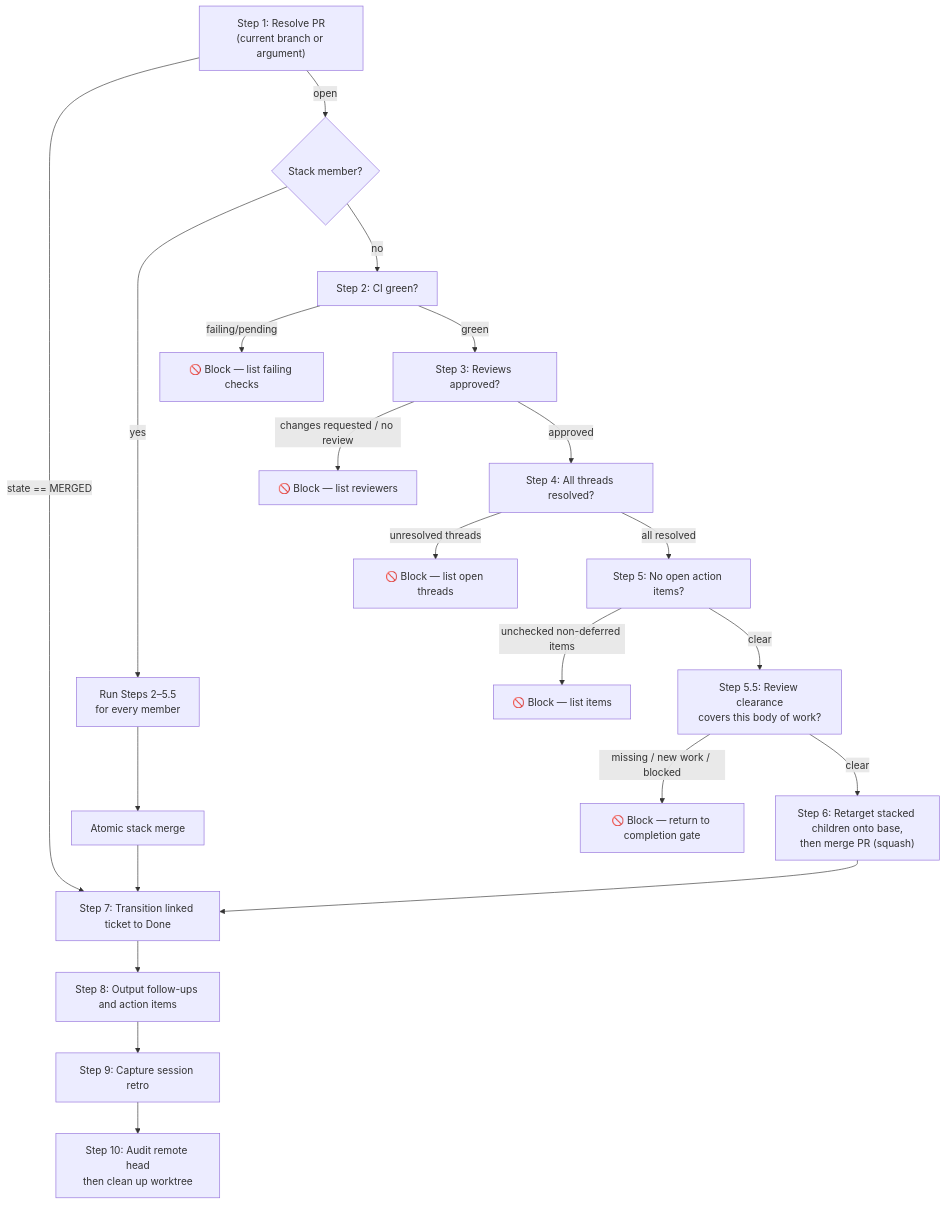
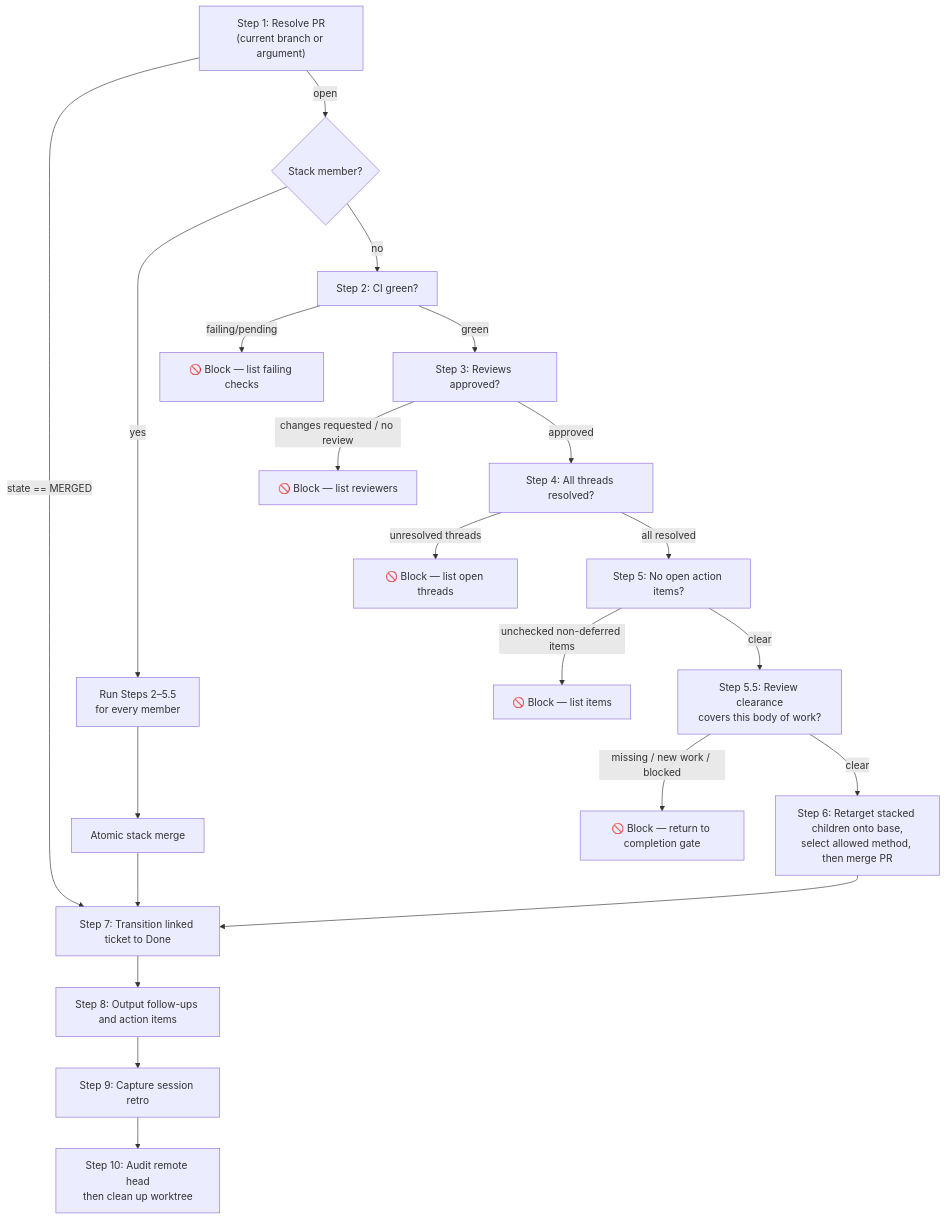
The diagram in skills/pr-merge/README.md (whizzzkid/skills), drawn with Mermaid before and after one commit. The commit also changed other lines of this file and 3 other files, not shown here.

First line of the commit message:
♻️ refactor(pr-merge): select ruleset merge method

````diff
--- a/skills/pr-merge/README.md
+++ b/skills/pr-merge/README.md
@@ -19,23 +19,23 @@
 ```mermaid
 flowchart TD
     A["Step 1: Resolve PR<br/>(current branch or argument)"] -->|state == MERGED| G
     A -->|open| S{"Stack member?"}
     S -->|yes| SG["Run Steps 2–5.5<br/>for every member"]
     SG --> SM["Atomic stack merge"]
     SM --> G
     S -->|no| B["Step 2: CI green?"]
     B -->|failing/pending| BLOCK1["🚫 Block — list failing checks"]
     B -->|green| C["Step 3: Reviews approved?"]
     C -->|changes requested / no review| BLOCK2["🚫 Block — list reviewers"]
     C -->|approved| D["Step 4: All threads resolved?"]
     D -->|unresolved threads| BLOCK3["🚫 Block — list open threads"]
     D -->|all resolved| E["Step 5: No open action items?"]
     E -->|unchecked non-deferred items| BLOCK4["🚫 Block — list items"]
     E -->|clear| E2["Step 5.5: Review clearance<br/>covers this body of work?"]
     E2 -->|missing / new work / blocked| BLOCK5["🚫 Block — return to completion gate"]
-    E2 -->|clear| F["Step 6: Retarget stacked children onto base,<br/>then merge PR (squash)"]
+    E2 -->|clear| F["Step 6: Retarget stacked children onto base,<br/>select allowed method, then merge PR"]
     F --> G["Step 7: Transition linked ticket to Done"]
     G --> H["Step 8: Output follow-ups and action items"]
     H --> I["Step 9: Capture session retro"]
     I --> J["Step 10: Audit remote head<br/>then clean up worktree"]
 ```
````
